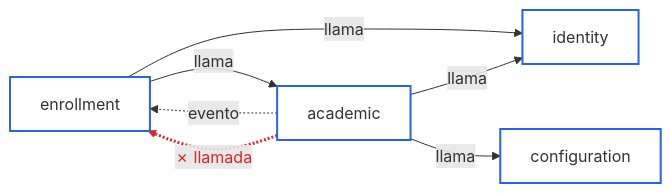
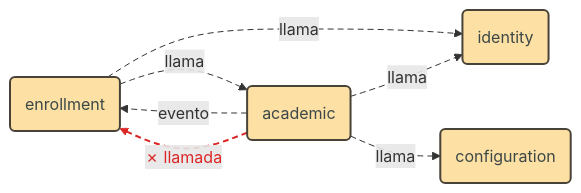
Before and after one commit to pcarroza91/nest-template: the second of 3 diagrams in docs/architecture/modular-monolith.md, drawn with Mermaid. The commit also changed other lines of this file and 2 other files, not shown here.

First line of the commit message:
docs(architecture): aplica el estilo pastel por rol a los diagramas Mermaid

````diff
--- a/docs/architecture/modular-monolith.md
+++ b/docs/architecture/modular-monolith.md
@@ -289,13 +294,14 @@
 ```mermaid
 flowchart LR
-    EN["enrollment"] -- "llama" --> AC["academic"]
-    EN -- "llama" --> ID["identity"]
+    EN("enrollment") -- "llama" --> AC("academic")
+    EN -- "llama" --> ID("identity")
     AC -- "llama" --> ID
-    AC -- "llama" --> CF["configuration"]
+    AC -- "llama" --> CF("configuration")
     AC -. "evento" .-> EN
     AC -. "✗ llamada" .-> EN
 
-    classDef dom fill:transparent,stroke:#2563eb,stroke-width:2px
-    class EN,AC,ID,CF dom
-    linkStyle 5 stroke:#dc2626,stroke-width:3px,color:#dc2626
+    classDef domain fill:#fde0a3,stroke:#494238,stroke-width:2px,color:#3c4747
+    class EN,AC,ID,CF domain
+    linkStyle default stroke-dasharray:6 4
+    linkStyle 5 stroke:#dc2626,stroke-width:2px,color:#dc2626
 ```
````
